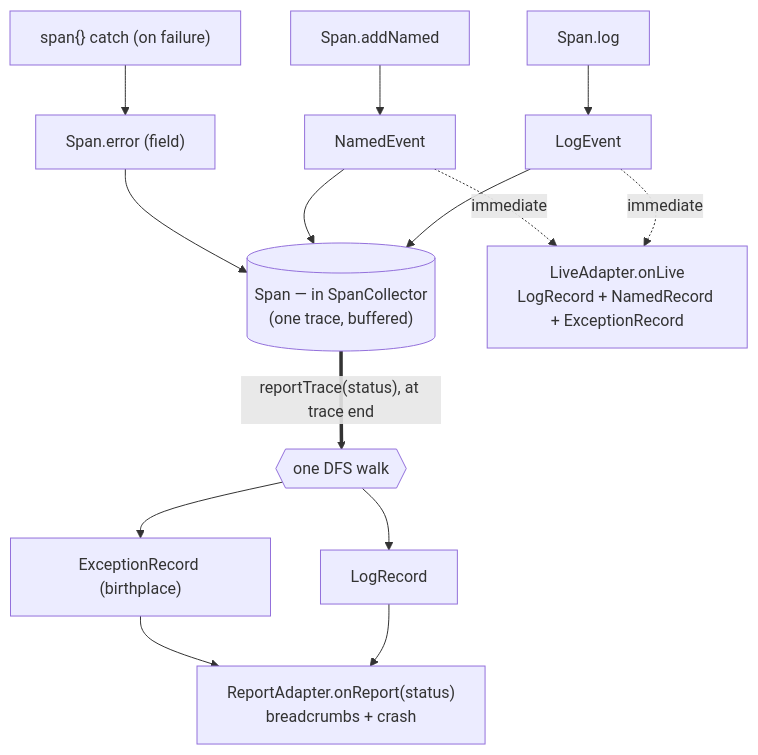
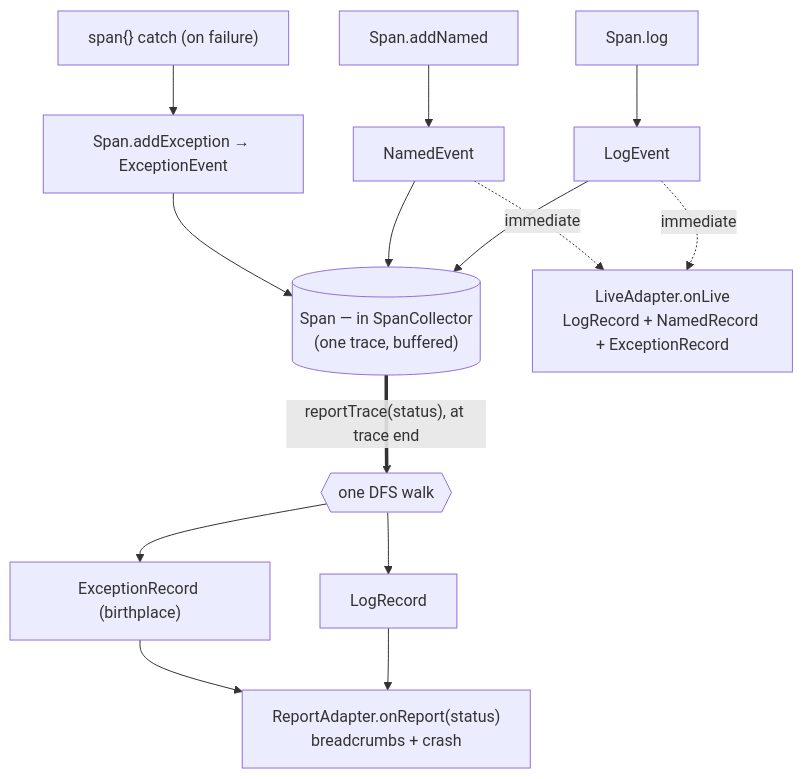
The first of 3 diagrams in ARCHITECTURE.md (Kotrace/kotrace), drawn with Mermaid before and after one commit. The commit also changed other lines of this file and 2 other files, not shown here.

First line of the commit message:
docs: refresh ARCHITECTURE/README and DECISIONS index for ADR-013/014/015

````diff
--- a/ARCHITECTURE.md
+++ b/ARCHITECTURE.md
@@ -31,22 +31,22 @@
 ```mermaid
 flowchart TD
   logSpan["Span.log"] --> LE["LogEvent"]
   addEvent["Span.addNamed"] --> NE["NamedEvent"]
-  catch["span{} catch (on failure)"] --> ERR["Span.error (field)"]
+  catch["span{} catch (on failure)"] --> ERR["Span.addException → ExceptionEvent"]
 
   LE --> SP[("Span — in SpanCollector<br/>(one trace, buffered)")]
   NE --> SP
   ERR --> SP
 
   LE -.->|immediate| LIVE
   NE -.->|immediate| LIVE
 
   SP ==>|"reportTrace(status), at trace end"| WALK{{"one DFS walk"}}
   WALK --> LR["LogRecord"]
   WALK --> XR["ExceptionRecord (birthplace)"]
 
   LIVE["LiveAdapter.onLive<br/>LogRecord + NamedRecord + ExceptionRecord"]
   LR --> REPORT
   XR --> REPORT
   REPORT["ReportAdapter.onReport(status)<br/>breadcrumbs + crash"]
 ```
````
